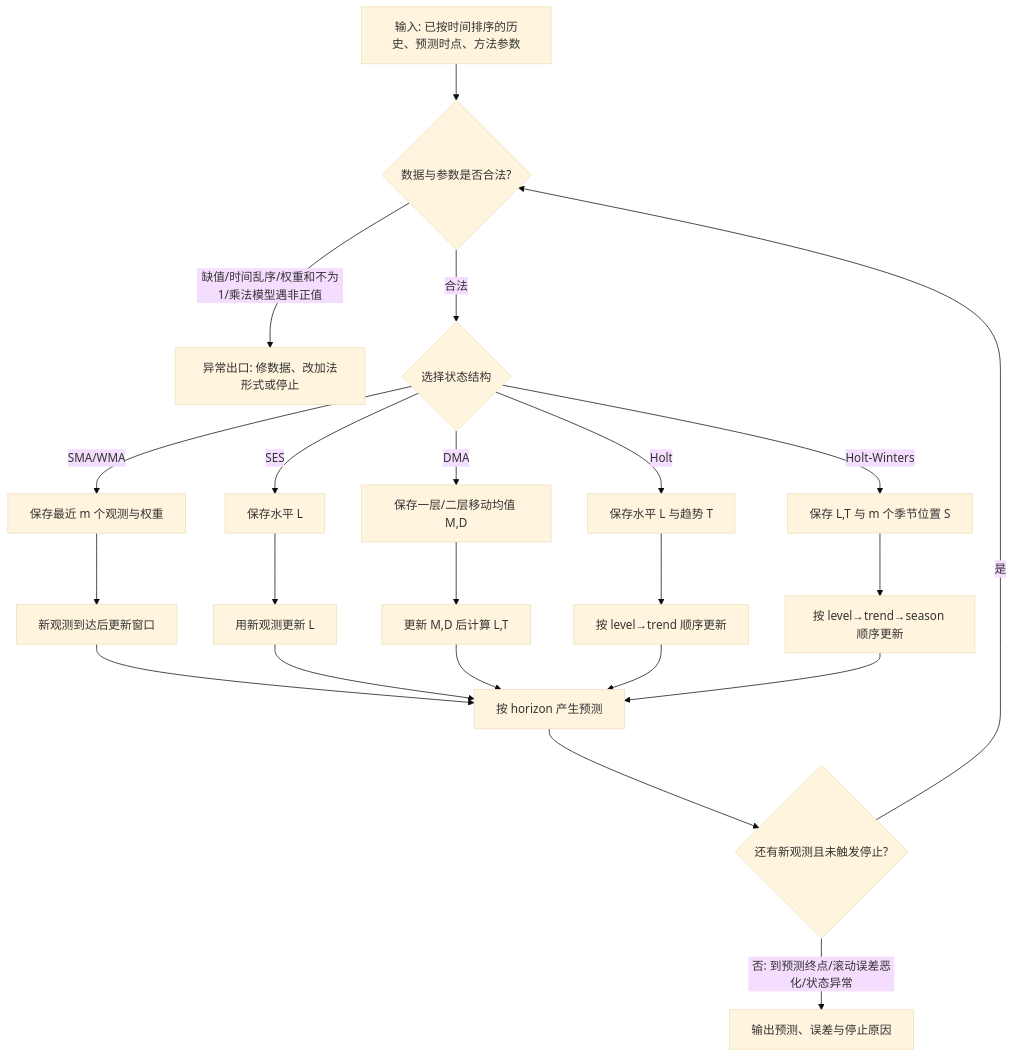
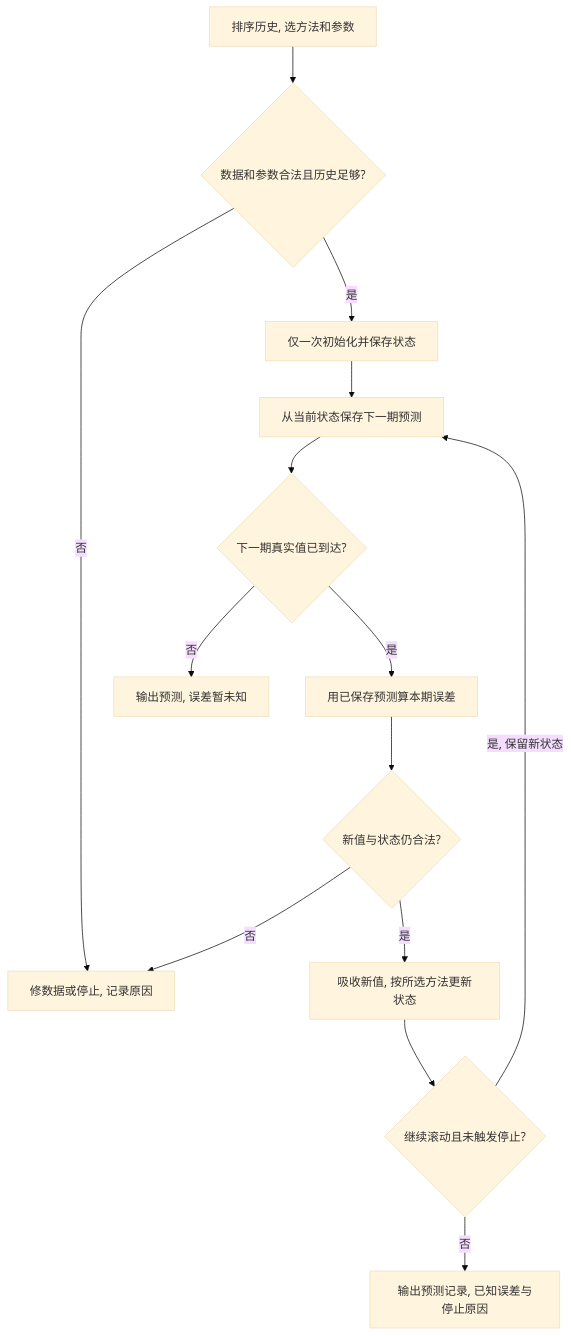
The second of 4 diagrams in IS6400_Business_Data_Analytics/notes/M07-时间序列I-平滑趋势与季节性.md (CercaTrovato/cityu-ai-course-notes), drawn with Mermaid (base theme) before and after one commit. The commit also changed other lines of this file and 35 other files, not shown here.

````diff
--- a/IS6400_Business_Data_Analytics/notes/M07-时间序列I-平滑趋势与季节性.md
+++ b/IS6400_Business_Data_Analytics/notes/M07-时间序列I-平滑趋势与季节性.md
@@ -310,24 +344,16 @@
 ```mermaid
 flowchart TD
-    A[输入: 已按时间排序的历史、预测时点、方法参数] --> B{数据与参数是否合法?}
-    B -->|缺值/时间乱序/权重和不为1/乘法模型遇非正值| X[异常出口: 修数据、改加法形式或停止]
-    B -->|合法| C{选择状态结构}
-    C -->|SMA/WMA| D[保存最近 m 个观测与权重]
-    C -->|SES| E[保存水平 L]
-    C -->|DMA| F[保存一层/二层移动均值 M,D]
-    C -->|Holt| G[保存水平 L 与趋势 T]
-    C -->|Holt-Winters| H[保存 L,T 与 m 个季节位置 S]
-    D --> I[新观测到达后更新窗口]
-    E --> J[用新观测更新 L]
-    F --> K[更新 M,D 后计算 L,T]
-    G --> L[按 level→trend 顺序更新]
-    H --> M[按 level→trend→season 顺序更新]
-    I --> N[按 horizon 产生预测]
-    J --> N
-    K --> N
-    L --> N
-    M --> N
-    N --> O{还有新观测且未触发停止?}
-    O -->|是| B
-    O -->|否: 到预测终点/滚动误差恶化/状态异常| P[输出预测、误差与停止原因]
+    A[排序历史, 选方法和参数] --> B{数据和参数合法且历史足够?}
+    B -->|否| X[修数据或停止, 记录原因]
+    B -->|是| C[仅一次初始化并保存状态]
+    C --> D[从当前状态保存下一期预测]
+    D --> E{下一期真实值已到达?}
+    E -->|否| F[输出预测, 误差暂未知]
+    E -->|是| G[用已保存预测算本期误差]
+    G --> H{新值与状态仍合法?}
+    H -->|否| X
+    H -->|是| I[吸收新值, 按所选方法更新状态]
+    I --> J{继续滚动且未触发停止?}
+    J -->|是, 保留新状态| D
+    J -->|否| K[输出预测记录, 已知误差与停止原因]
 ```
````
